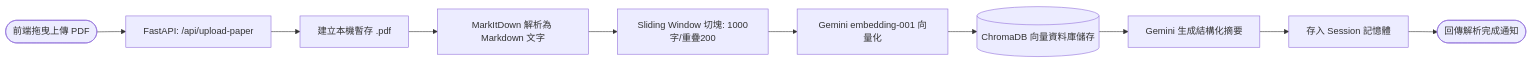
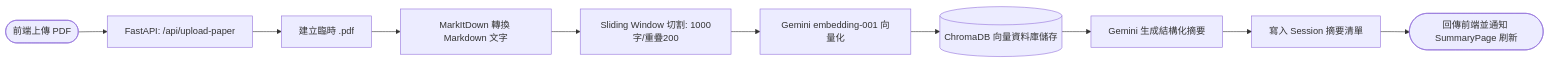
One commit to squidj193-sudo/ai-final changed the second of 4 diagrams in AGENT_WORKFLOWS.md. Above: the diagram before and after it, drawn with Mermaid. The commit also changed other lines of this file and 22 other files, not shown here.

````diff
--- a/AGENT_WORKFLOWS.md
+++ b/AGENT_WORKFLOWS.md
@@ -45,12 +45,12 @@
 ```mermaid
 flowchart LR
-    Upload([前端拖曳上傳 PDF]) --> MainAPI[FastAPI: /api/upload-paper]
-    MainAPI --> TempPDF[建立本機暫存 .pdf]
-    TempPDF --> MarkItDown[MarkItDown 解析為 Markdown 文字]
-    MarkItDown --> Chunking[Sliding Window 切塊: 1000字/重疊200]
+    Upload([前端上傳 PDF]) --> MainAPI[FastAPI: /api/upload-paper]
+    MainAPI --> TempPDF[建立臨時 .pdf]
+    TempPDF --> MarkItDown[MarkItDown 轉換 Markdown 文字]
+    MarkItDown --> Chunking[Sliding Window 切割: 1000字/重疊200]
     Chunking --> Embedding[Gemini embedding-001 向量化]
     Embedding --> ChromaDB[(ChromaDB 向量資料庫儲存)]
     ChromaDB --> Summarize[Gemini 生成結構化摘要]
-    Summarize --> Cache[存入 Session 記憶體]
-    Cache --> ReturnFront([回傳解析完成通知])
+    Summarize --> Cache[寫入 Session 摘要清單]
+    Cache --> ReturnFront([回傳前端並通知 SummaryPage 刷新])
 ```
````
